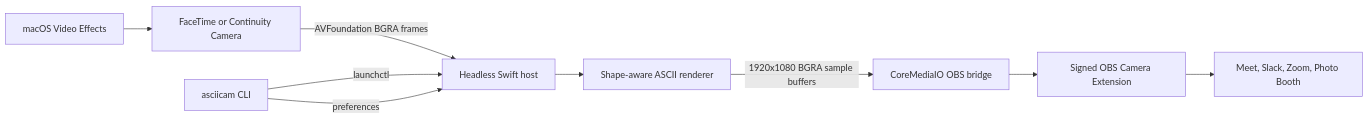
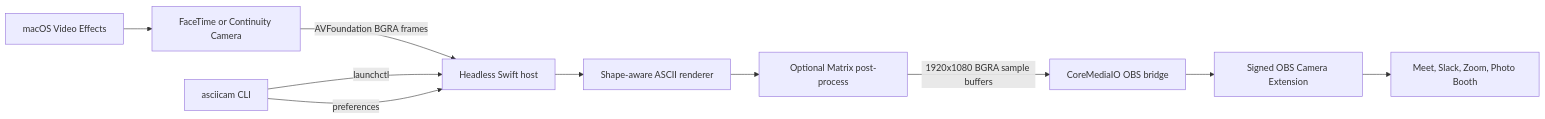
One commit to yigitsimsek/ascii-camera changed the diagram in docs/ARCHITECTURE.md. Above: the diagram before and after it, drawn with Mermaid. The commit also changed other lines of this file and 10 other files, not shown here.

````diff
--- a/docs/ARCHITECTURE.md
+++ b/docs/ARCHITECTURE.md
@@ -6,11 +6,12 @@
 ```mermaid
 flowchart LR
     C["FaceTime or Continuity Camera"] -->|"AVFoundation BGRA frames"| H["Headless Swift host"]
     E["macOS Video Effects"] --> C
     H --> R["Shape-aware ASCII renderer"]
-    R -->|"1920x1080 BGRA sample buffers"| B["CoreMediaIO OBS bridge"]
+    R --> M["Optional Matrix post-process"]
+    M -->|"1920x1080 BGRA sample buffers"| B["CoreMediaIO OBS bridge"]
     B --> X["Signed OBS Camera Extension"]
     X --> A["Meet, Slack, Zoom, Photo Booth"]
     CLI["asciicam CLI"] -->|"launchctl"| H
     CLI -->|"preferences"| H
 ```
````
